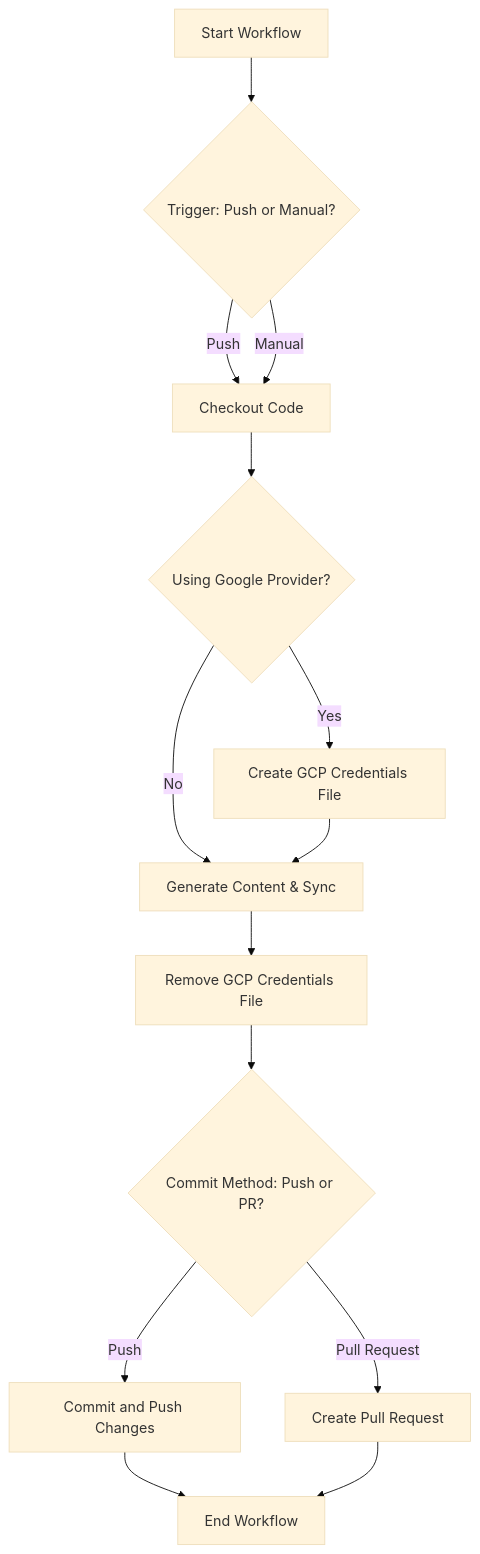
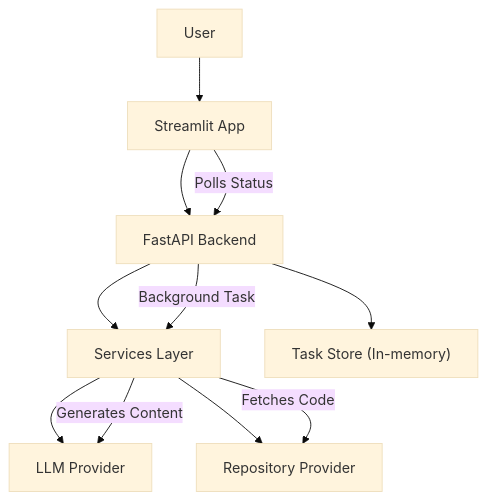
One commit to catuscio/wiki-as-readme changed the first of 24 diagrams in examples/wiki_as_README.md. Above: the diagram before and after it, drawn with Mermaid (base theme). The commit also changed other lines of this file, not shown here.

````diff
--- a/examples/wiki_as_README.md
+++ b/examples/wiki_as_README.md
@@ -98,16 +50,13 @@
 ```mermaid
 graph TD
-    A["Start Workflow"] --> B{"Trigger: Push or Manual?"}
-    B -- "Push" --> C["Checkout Code"]
-    B -- "Manual" --> C
-    C --> D{"Using Google Provider?"}
-    D -- "Yes" --> E["Create GCP Credentials File"]
-    D -- "No" --> F["Generate Content & Sync"]
-    E --> F
-    F --> G["Remove GCP Credentials File"]
-    G --> H{"Commit Method: Push or PR?"}
-    H -- "Push" --> I["Commit and Push Changes"]
-    H -- "Pull Request" --> J["Create Pull Request"]
-    I --> K["End Workflow"]
-    J --> K
+    User["User"] --> StreamlitApp["Streamlit App"];
+    StreamlitApp --> FastAPIBackend["FastAPI Backend"];
+    FastAPIBackend --> ServicesLayer["Services Layer"];
+    ServicesLayer --> LLMProvider["LLM Provider"];
+    ServicesLayer --> RepoProvider["Repository Provider"];
+    FastAPIBackend --> TaskStore["Task Store (In-memory)"];
+    StreamlitApp -- "Polls Status" --> FastAPIBackend;
+    FastAPIBackend -- "Background Task" --> ServicesLayer;
+    ServicesLayer -- "Fetches Code" --> RepoProvider;
+    ServicesLayer -- "Generates Content" --> LLMProvider;
 ```
````
